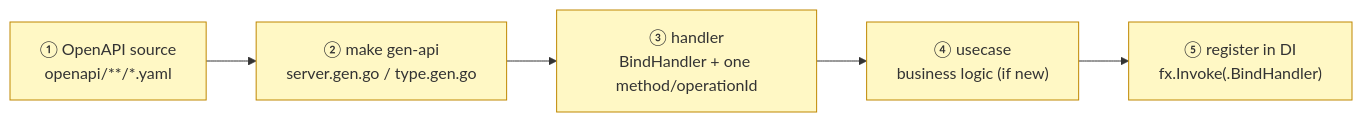
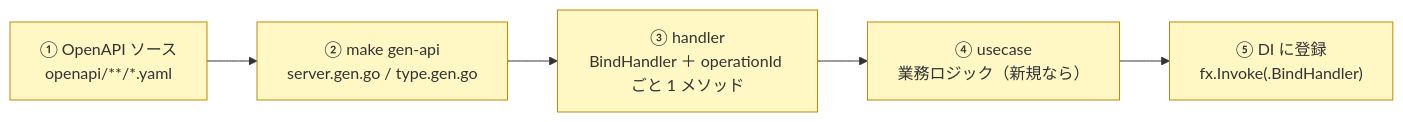
The sixth of 6 diagrams in docs/design/rest.md (Tomy-ch/go-boilerplate), drawn with Mermaid before and after one commit. The commit also changed other lines of this file and 970 other files, not shown here.

````diff
--- a/docs/design/rest.md
+++ b/docs/design/rest.md
@@ -208,10 +208,10 @@
 ```mermaid
 flowchart LR
-    O["① OpenAPI source<br/>openapi/**/*.yaml"]:::need
+    O["① OpenAPI ソース<br/>openapi/**/*.yaml"]:::need
     G["② make gen-api<br/>server.gen.go / type.gen.go"]:::need
-    H["③ handler<br/>BindHandler + one method/operationId"]:::need
-    U["④ usecase<br/>business logic (if new)"]:::need
-    R["⑤ register in DI<br/>fx.Invoke(<pkg>.BindHandler)"]:::need
+    H["③ handler<br/>BindHandler ＋ operationId ごと 1 メソッド"]:::need
+    U["④ usecase<br/>業務ロジック（新規なら）"]:::need
+    R["⑤ DI に登録<br/>fx.Invoke(<pkg>.BindHandler)"]:::need
     O --> G --> H --> U --> R
     classDef need fill:#fff8c5,stroke:#bf8700;
 ```
````
